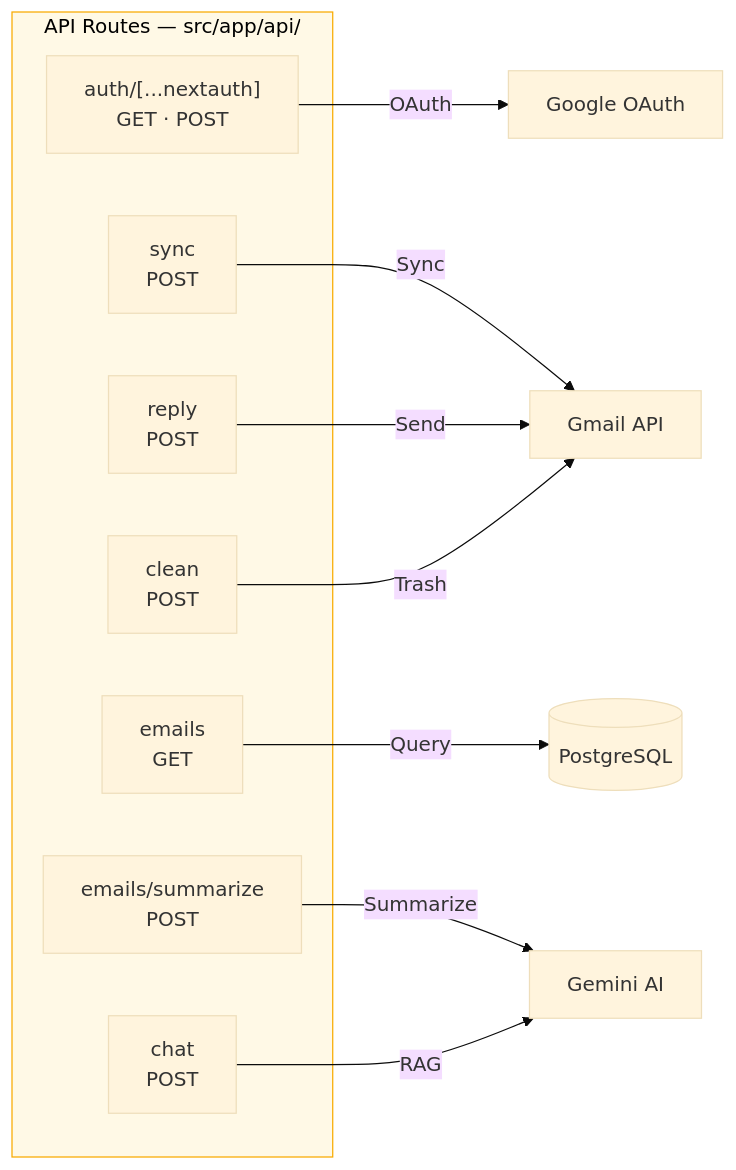
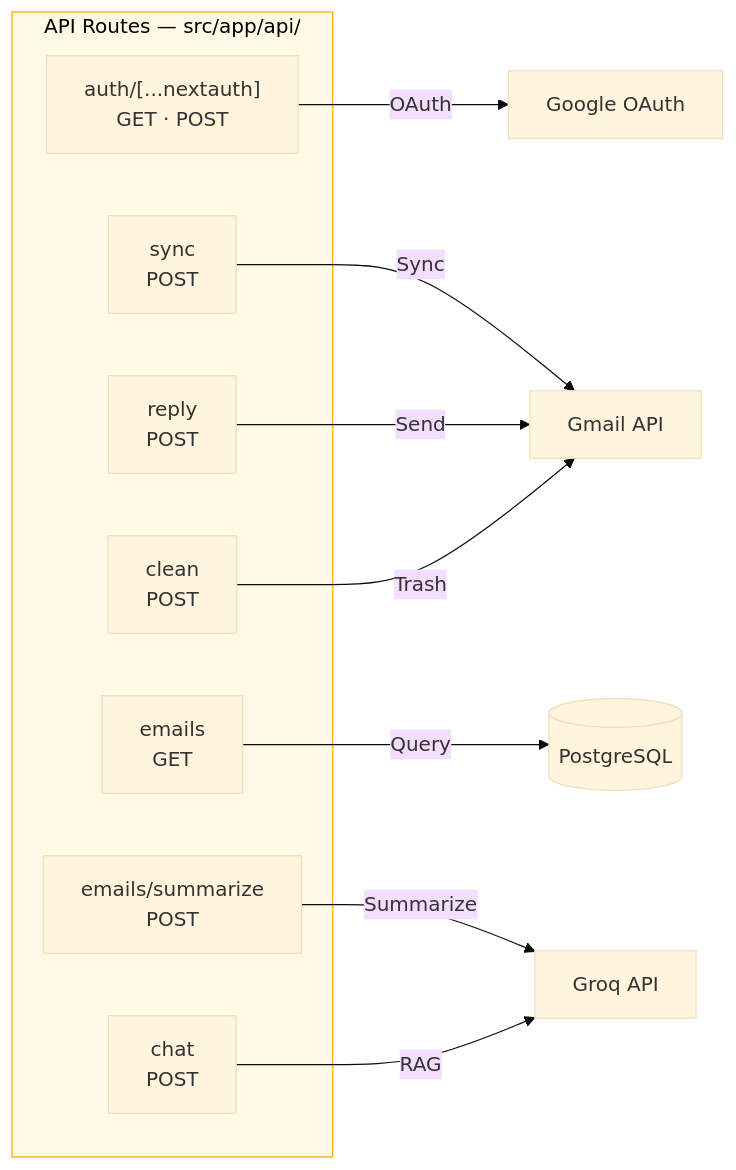
One commit to Vamshidathrika/repeatless-email-ai-assistant changed the second of 4 diagrams in ARCHITECTURE.md. Above: the diagram before and after it, drawn with Mermaid (base theme). The commit also changed other lines of this file and 2 other files, not shown here.

Commit message:
docs: update README, ARCHITECTURE, and DEPLOYMENT for Slack/Webhook integrations

````diff
--- a/ARCHITECTURE.md
+++ b/ARCHITECTURE.md
@@ -224,22 +200,22 @@
 ```mermaid
 graph LR
     subgraph API["API Routes — src/app/api/"]
         A1["auth/[...nextauth]<br/>GET · POST"]
         A2["sync<br/>POST"]
         A3["emails<br/>GET"]
         A4["emails/summarize<br/>POST"]
         A5["chat<br/>POST"]
         A6["reply<br/>POST"]
         A7["clean<br/>POST"]
     end
 
     A1 -->|"OAuth"| EXT1["Google OAuth"]
     A2 -->|"Sync"| EXT2["Gmail API"]
     A3 -->|"Query"| DB[("PostgreSQL")]
-    A4 -->|"Summarize"| EXT3["Gemini AI"]
+    A4 -->|"Summarize"| EXT3["Groq API"]
     A5 -->|"RAG"| EXT3
     A6 -->|"Send"| EXT2
     A7 -->|"Trash"| EXT2
 
     style API fill:#fff9e6,stroke:#f9ab00,color:#000
 ```
````
